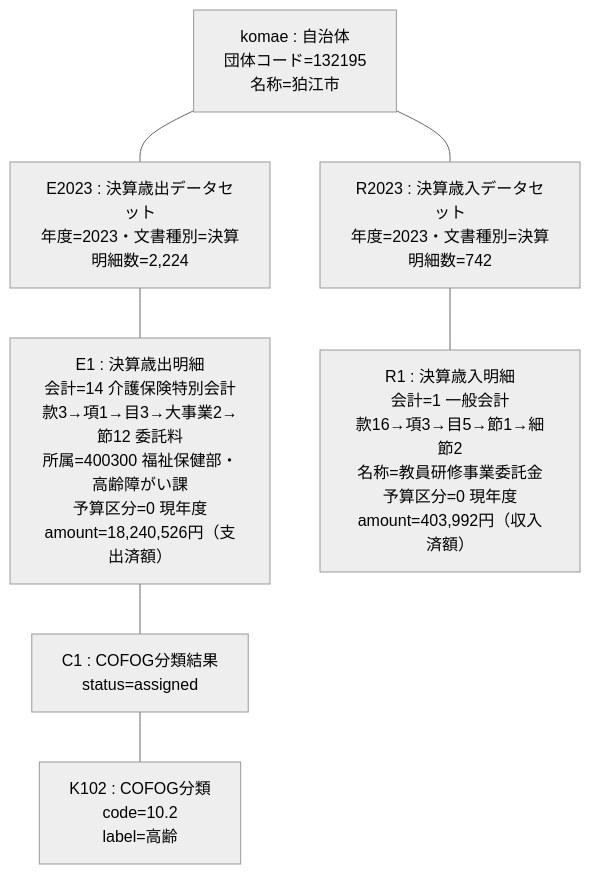
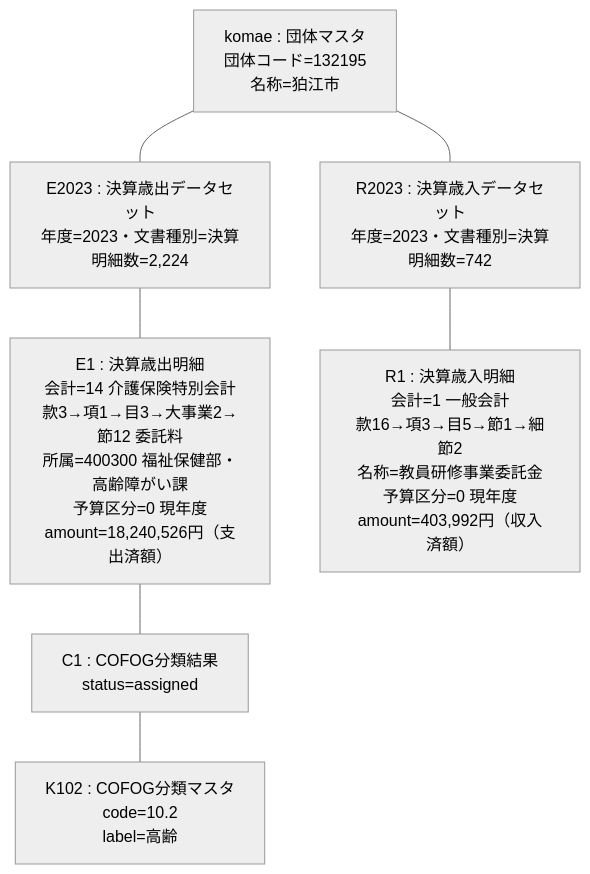
The diagram in docs/fiscal-object-example.md (wwwyo/fudoki), drawn with Mermaid (neutral theme) before and after one commit. The commit also changed other lines of this file and 8 other files, not shown here.

````diff
--- a/docs/fiscal-object-example.md
+++ b/docs/fiscal-object-example.md
@@ -9,16 +9,16 @@
 ```mermaid
 flowchart TB
-    J["komae : 自治体<br/>団体コード=132195<br/>名称=狛江市"]
+    J["komae : 団体マスタ<br/>団体コード=132195<br/>名称=狛江市"]
     ED["E2023 : 決算歳出データセット<br/>年度=2023・文書種別=決算<br/>明細数=2,224"]
     RD["R2023 : 決算歳入データセット<br/>年度=2023・文書種別=決算<br/>明細数=742"]
     EL["E1 : 決算歳出明細<br/>会計=14 介護保険特別会計<br/>款3→項1→目3→大事業2→節12 委託料<br/>所属=400300 福祉保健部・高齢障がい課<br/>予算区分=0 現年度<br/>amount=18,240,526円（支出済額）"]
     RL["R1 : 決算歳入明細<br/>会計=1 一般会計<br/>款16→項3→目5→節1→細節2<br/>名称=教員研修事業委託金<br/>予算区分=0 現年度<br/>amount=403,992円（収入済額）"]
     C["C1 : COFOG分類結果<br/>status=assigned"]
-    K["K102 : COFOG分類<br/>code=10.2<br/>label=高齢"]
+    K["K102 : COFOG分類マスタ<br/>code=10.2<br/>label=高齢"]
     J --- ED
     J --- RD
     ED --- EL
     RD --- RL
     EL --- C
     C --- K
 ```
````
